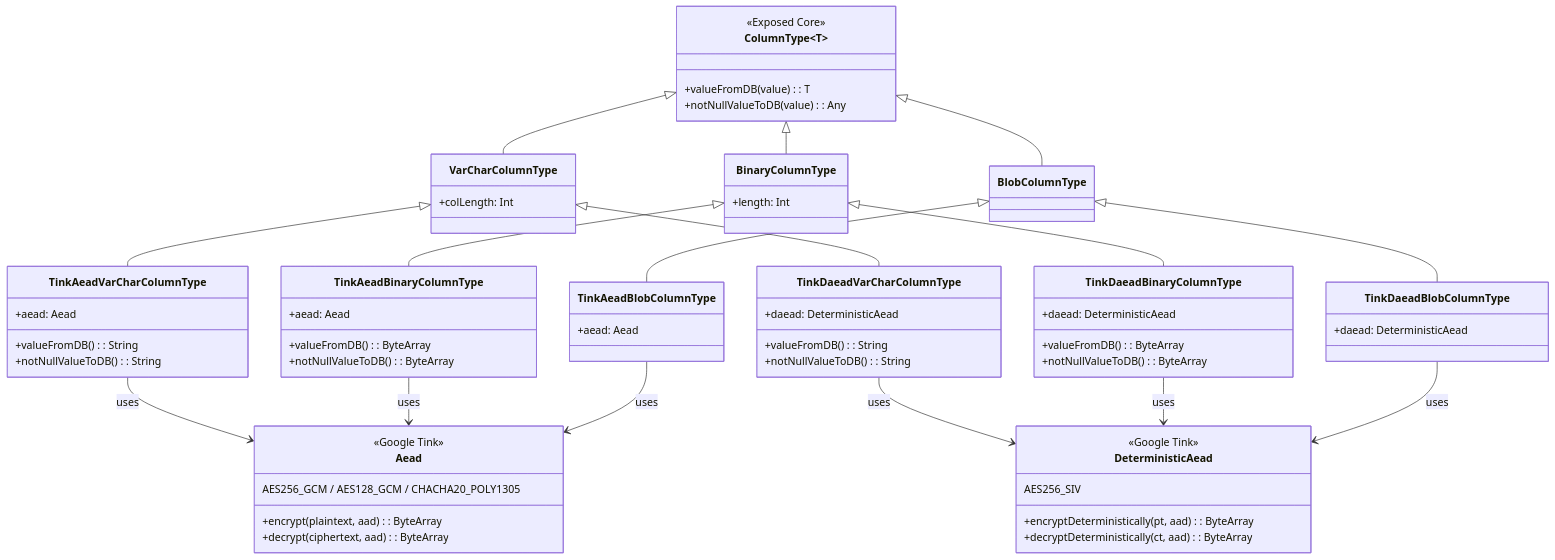
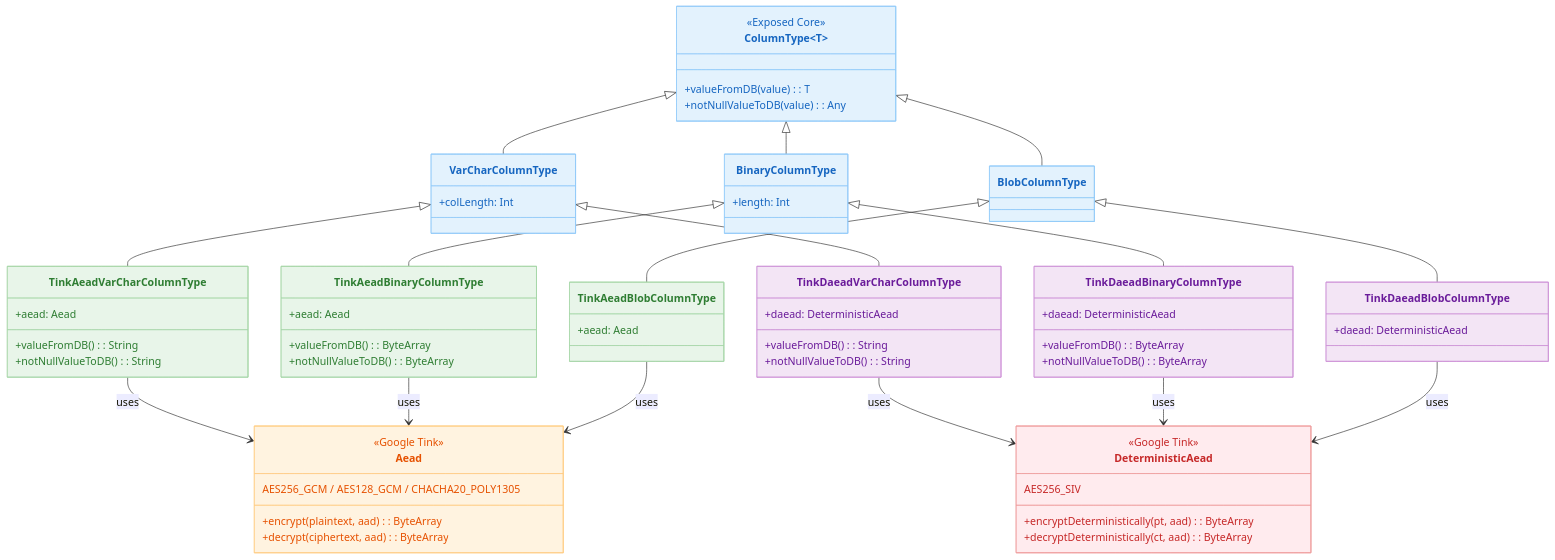
Before and after one commit to bluetape4k/exposed-workshop: the second of 2 diagrams in 06-advanced/12-exposed-tink/README.md, drawn with Mermaid. The commit also changed other lines of this file and 56 other files, not shown here.

First line of the commit message:
docs: 전체 README mermaid 다이어그램에 파스텔 톤 색상 적용

````diff
--- a/06-advanced/12-exposed-tink/README.md
+++ b/06-advanced/12-exposed-tink/README.md
@@ -117,4 +126,17 @@
     TinkDaeadVarCharColumnType --> DeterministicAead : uses
     TinkDaeadBinaryColumnType --> DeterministicAead : uses
     TinkDaeadBlobColumnType --> DeterministicAead : uses
+
+    style ColumnType fill:#E3F2FD,stroke:#90CAF9,color:#1565C0
+    style VarCharColumnType fill:#E3F2FD,stroke:#90CAF9,color:#1565C0
+    style BinaryColumnType fill:#E3F2FD,stroke:#90CAF9,color:#1565C0
+    style BlobColumnType fill:#E3F2FD,stroke:#90CAF9,color:#1565C0
+    style TinkAeadVarCharColumnType fill:#E8F5E9,stroke:#A5D6A7,color:#2E7D32
+    style TinkAeadBinaryColumnType fill:#E8F5E9,stroke:#A5D6A7,color:#2E7D32
+    style TinkAeadBlobColumnType fill:#E8F5E9,stroke:#A5D6A7,color:#2E7D32
+    style TinkDaeadVarCharColumnType fill:#F3E5F5,stroke:#CE93D8,color:#6A1B9A
+    style TinkDaeadBinaryColumnType fill:#F3E5F5,stroke:#CE93D8,color:#6A1B9A
+    style TinkDaeadBlobColumnType fill:#F3E5F5,stroke:#CE93D8,color:#6A1B9A
+    style Aead fill:#FFF3E0,stroke:#FFCC80,color:#E65100
+    style DeterministicAead fill:#FFEBEE,stroke:#EF9A9A,color:#C62828
 ```
````
